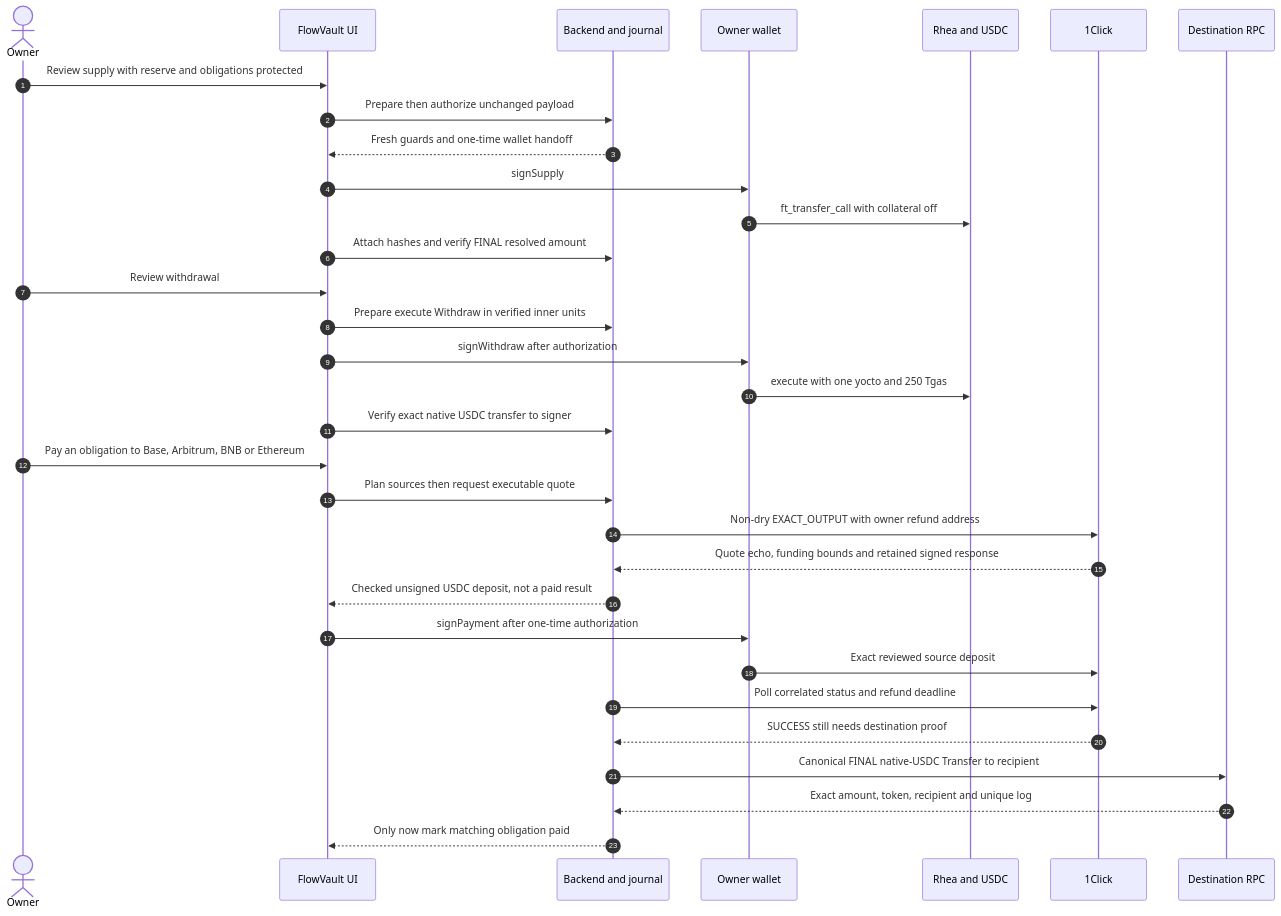
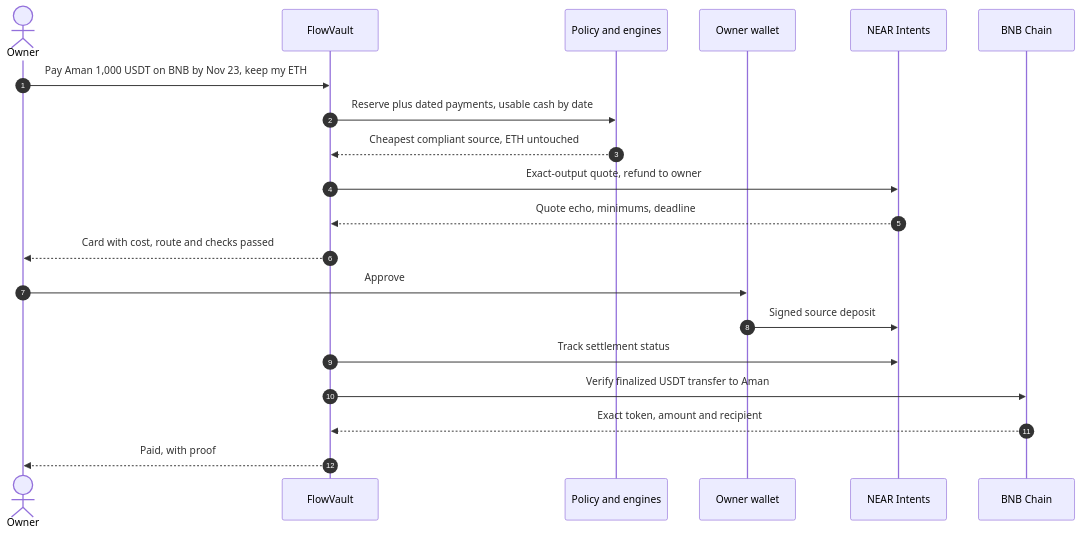
Before and after one commit to AmanGxpta/Flowvault-nearhackathon2026: the second of 4 diagrams in README.md, drawn with Mermaid. The commit also changed other lines of this file, not shown here.

````diff
--- a/README.md
+++ b/README.md
@@ -190,34 +133,22 @@
 ```mermaid
 sequenceDiagram
     autonumber
     actor O as Owner
-    participant U as FlowVault UI
-    participant A as Backend and journal
+    participant F as FlowVault
+    participant P as Policy and engines
     participant W as Owner wallet
-    participant R as Rhea and USDC
-    participant C as 1Click
-    participant E as Destination RPC
-    O->>U: Review supply with reserve and obligations protected
-    U->>A: Prepare then authorize unchanged payload
-    A-->>U: Fresh guards and one-time wallet handoff
-    U->>W: signSupply
-    W->>R: ft_transfer_call with collateral off
-    U->>A: Attach hashes and verify FINAL resolved amount
-    O->>U: Review withdrawal
-    U->>A: Prepare execute Withdraw in verified inner units
-    U->>W: signWithdraw after authorization
-    W->>R: execute with one yocto and 250 Tgas
-    U->>A: Verify exact native USDC transfer to signer
-    O->>U: Pay an obligation to Base, Arbitrum, BNB or Ethereum
-    U->>A: Plan sources then request executable quote
-    A->>C: Non-dry EXACT_OUTPUT with owner refund address
-    C-->>A: Quote echo, funding bounds and retained signed response
-    A-->>U: Checked unsigned USDC deposit, not a paid result
-    U->>W: signPayment after one-time authorization
-    W->>C: Exact reviewed source deposit
-    A->>C: Poll correlated status and refund deadline
-    C-->>A: SUCCESS still needs destination proof
-    A->>E: Canonical FINAL native-USDC Transfer to recipient
-    E-->>A: Exact amount, token, recipient and unique log
-    A-->>U: Only now mark matching obligation paid
+    participant I as NEAR Intents
+    participant B as BNB Chain
+    O->>F: Pay Aman 1,000 USDT on BNB by Nov 23, keep my ETH
+    F->>P: Reserve plus dated payments, usable cash by date
+    P-->>F: Cheapest compliant source, ETH untouched
+    F->>I: Exact-output quote, refund to owner
+    I-->>F: Quote echo, minimums, deadline
+    F-->>O: Card with cost, route and checks passed
+    O->>W: Approve
+    W->>I: Signed source deposit
+    F->>I: Track settlement status
+    F->>B: Verify finalized USDT transfer to Aman
+    B-->>F: Exact token, amount and recipient
+    F-->>O: Paid, with proof
 ```
````
